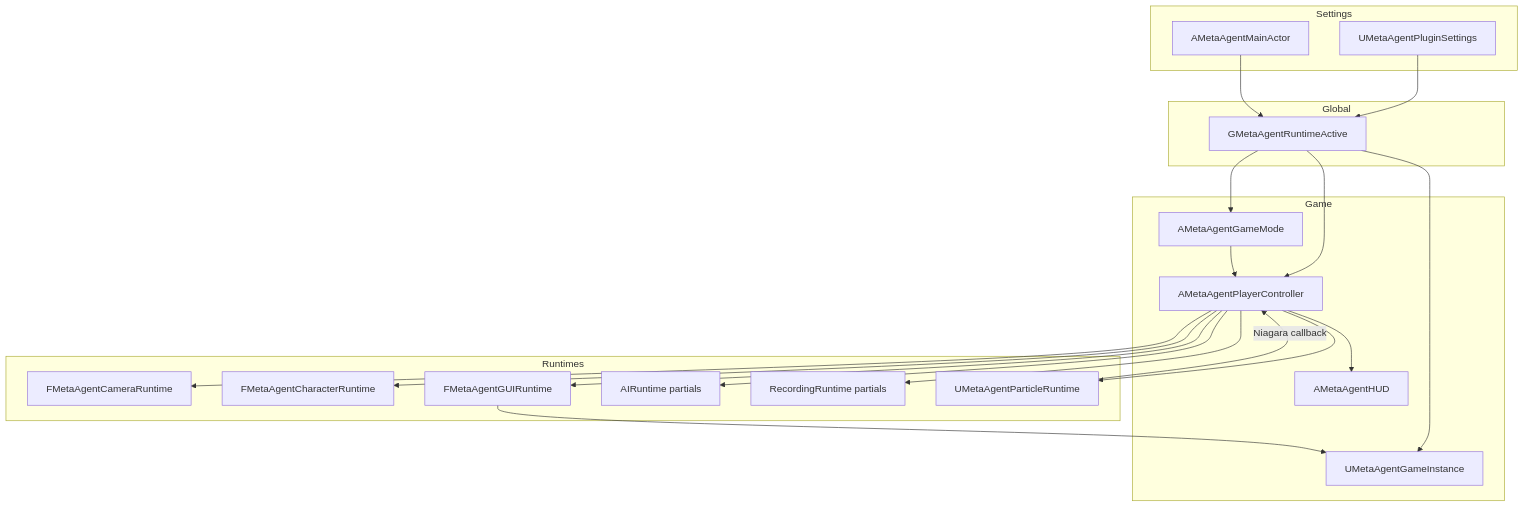
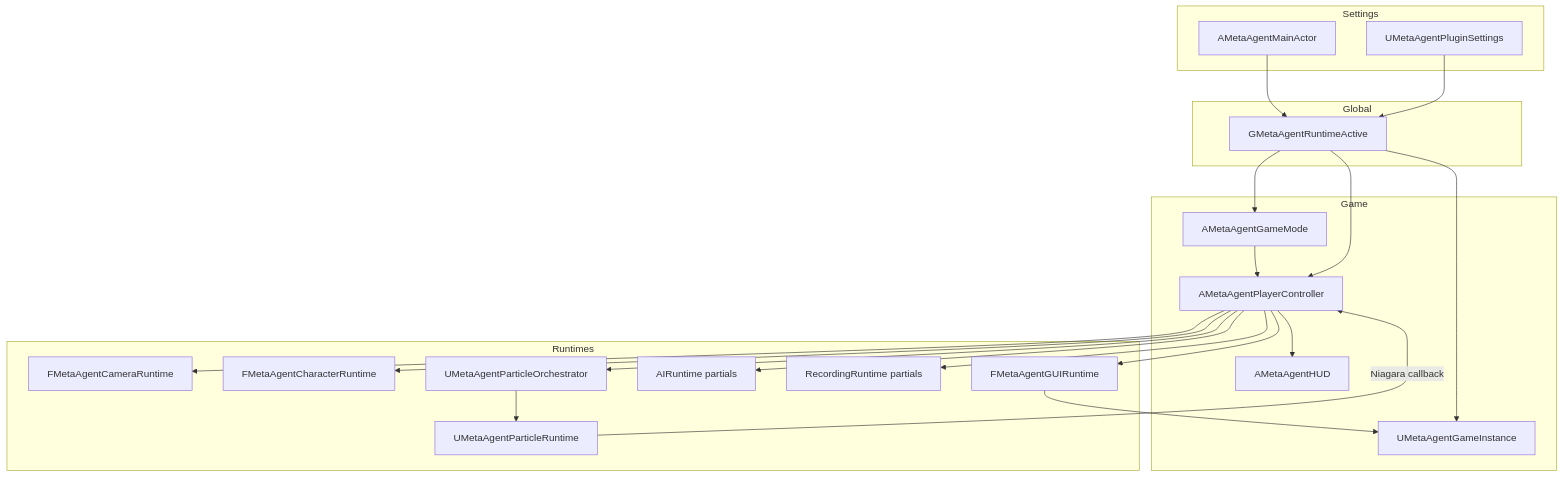
Before and after one commit to vecnode/metaagent-ue5-plugin: the second of 14 diagrams in README.md, drawn with Mermaid. The commit also changed other lines of this file and 12 other files, not shown here.

````diff
--- a/README.md
+++ b/README.md
@@ -35,43 +35,45 @@
 ```mermaid
 flowchart TB
     subgraph Settings
         PS[UMetaAgentPluginSettings]
         MA[AMetaAgentMainActor]
     end
 
     subgraph Global
         G[GMetaAgentRuntimeActive]
     end
 
     subgraph Game
         GM[AMetaAgentGameMode]
         PC[AMetaAgentPlayerController]
         HUD[AMetaAgentHUD]
         GI[UMetaAgentGameInstance]
     end
 
     subgraph Runtimes
         CR[FMetaAgentCameraRuntime]
         CHR[FMetaAgentCharacterRuntime]
         GR[FMetaAgentGUIRuntime]
         AR[AIRuntime partials]
         RR[RecordingRuntime partials]
+        PO[UMetaAgentParticleOrchestrator]
         PR[UMetaAgentParticleRuntime]
     end
 
     PS --> G
     MA --> G
     G --> GM
     G --> PC
     G --> GI
     GM --> PC
     PC --> CR
     PC --> CHR
     PC --> GR
     PC --> AR
     PC --> RR
-    PC --> PR
+    PC --> PO
+    PO --> PR
     PC --> HUD
     GR --> GI
     PR -->|Niagara callback| PC
 ```
````
